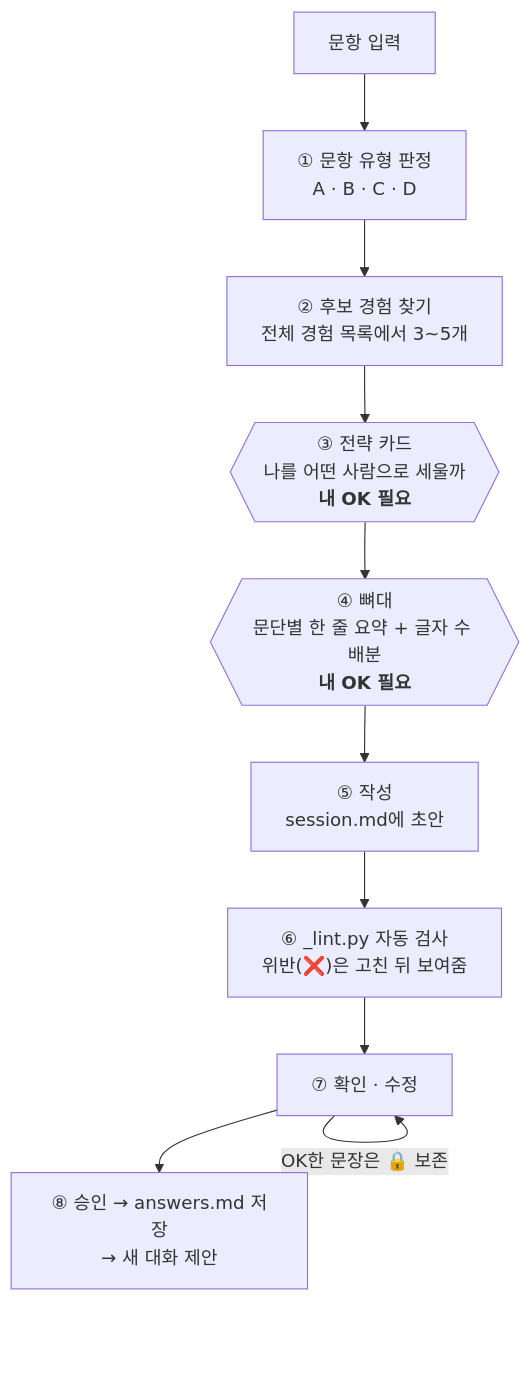
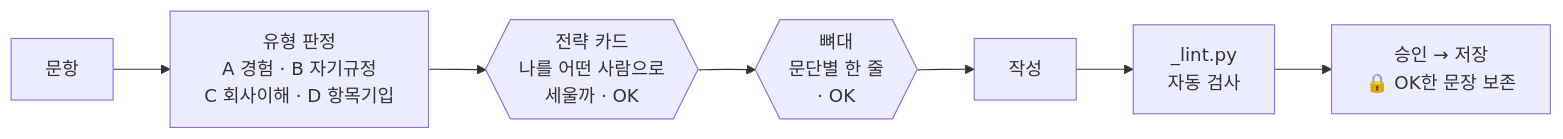
Before and after one commit to ssxrxbx/Resume: the second of 3 diagrams in README.md, drawn with Mermaid. The commit also changed other lines of this file and 1 other file, not shown here.

````diff
--- a/README.md
+++ b/README.md
@@ -176,12 +38,9 @@
 ```mermaid
-flowchart TB
-    Q["문항 입력"] --> T["① 문항 유형 판정<br/>A · B · C · D"]
-    T --> M["② 후보 경험 찾기<br/>전체 경험 목록에서 3~5개"]
-    M --> G1{{"③ 전략 카드<br/>나를 어떤 사람으로 세울까<br/><b>내 OK 필요</b>"}}
-    G1 --> G2{{"④ 뼈대<br/>문단별 한 줄 요약 + 글자 수 배분<br/><b>내 OK 필요</b>"}}
-    G2 --> W["⑤ 작성<br/>session.md에 초안"]
-    W --> L["⑥ _lint.py 자동 검사<br/>위반(❌)은 고친 뒤 보여줌"]
-    L --> R["⑦ 확인 · 수정"]
-    R -- "OK한 문장은 🔒 보존" --> R
-    R --> S["⑧ 승인 → answers.md 저장<br/>→ 새 대화 제안"]
+flowchart LR
+    Q["문항"] --> T["유형 판정<br/>A 경험 · B 자기규정<br/>C 회사이해 · D 항목기입"]
+    T --> G1{{"전략 카드<br/>나를 어떤 사람으로<br/>세울까 · OK"}}
+    G1 --> G2{{"뼈대<br/>문단별 한 줄<br/>· OK"}}
+    G2 --> W["작성"]
+    W --> L["_lint.py<br/>자동 검사"]
+    L --> S["승인 → 저장<br/>🔒 OK한 문장 보존"]
 ```
````
